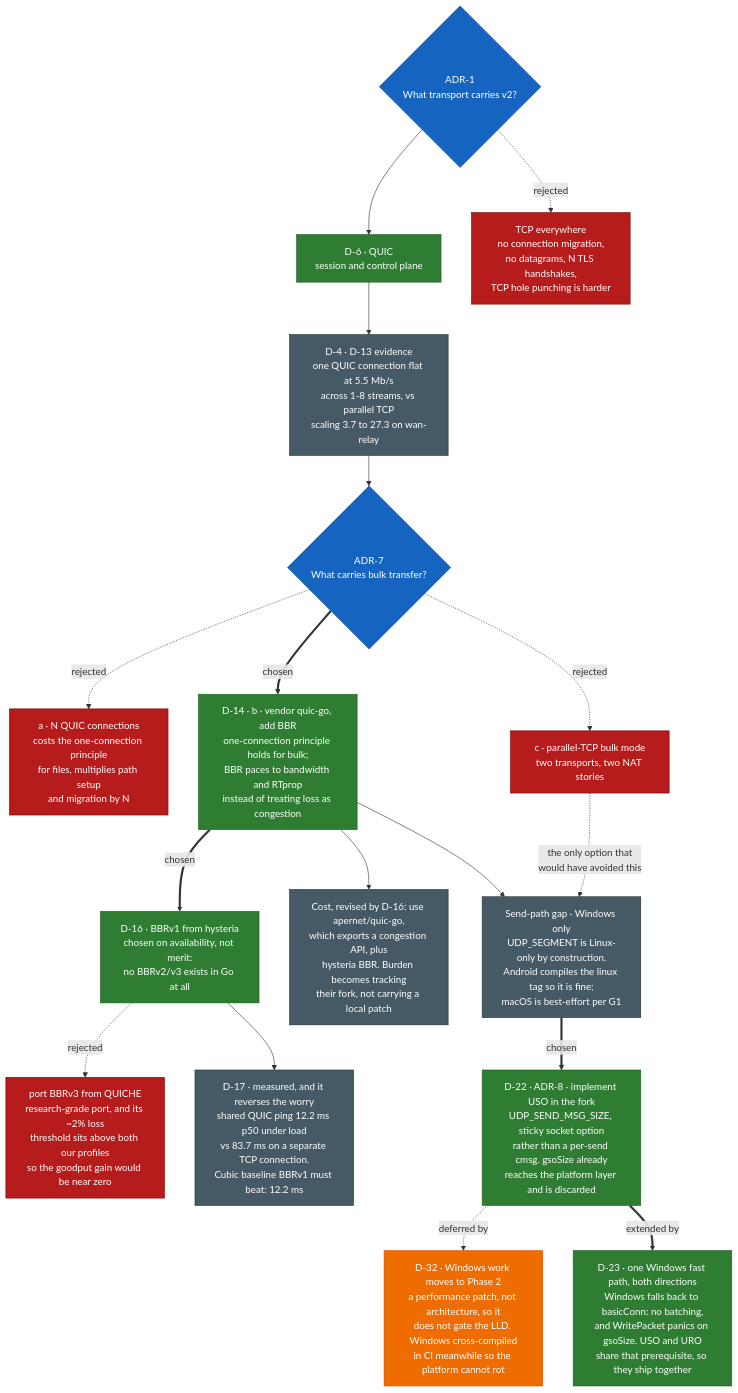
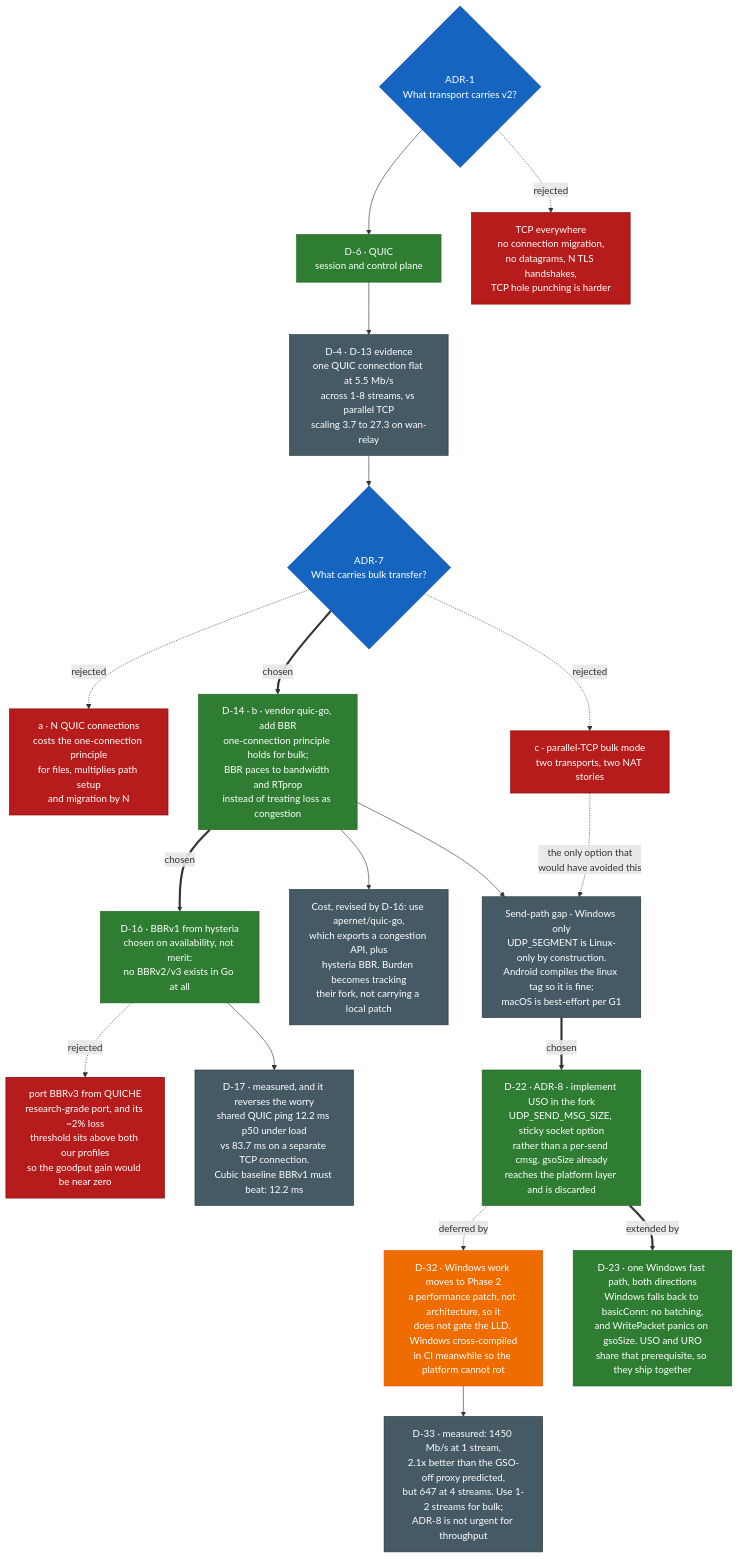
One commit to shreyashsri79/OpenAir changed the first of 4 diagrams in docs/decision-tree.md. Above: the diagram before and after it, drawn with Mermaid. The commit also changed other lines of this file and 8 other files, not shown here.

````diff
--- a/docs/decision-tree.md
+++ b/docs/decision-tree.md
@@ -50,29 +51,30 @@
 ```mermaid
 flowchart TD
     Q1{"ADR-1<br/>What transport carries v2?"}:::question
     Q1 --> D6["D-6 · QUIC<br/>session and control plane"]:::accepted
     Q1 -.rejected.-> R1["TCP everywhere<br/>no connection migration,<br/>no datagrams, N TLS handshakes,<br/>TCP hole punching is harder"]:::rejected
 
     D6 --> E1["D-4 · D-13 evidence<br/>one QUIC connection flat at 5.5 Mb/s<br/>across 1-8 streams, vs parallel TCP<br/>scaling 3.7 to 27.3 on wan-relay"]:::evidence
     E1 --> Q2{"ADR-7<br/>What carries bulk transfer?"}:::question
 
     Q2 -.rejected.-> R2A["a · N QUIC connections<br/>costs the one-connection principle<br/>for files, multiplies path setup<br/>and migration by N"]:::rejected
     Q2 ==chosen==> D14["D-14 · b · vendor quic-go, add BBR<br/>one-connection principle holds for bulk;<br/>BBR paces to bandwidth and RTprop<br/>instead of treating loss as congestion"]:::accepted
     Q2 -.rejected.-> R2C["c · parallel-TCP bulk mode<br/>two transports, two NAT stories"]:::rejected
 
     D14 ==chosen==> SUB["D-16 · BBRv1 from hysteria<br/>chosen on availability, not merit:<br/>no BBRv2/v3 exists in Go at all"]:::accepted
     SUB -.rejected.-> R3V["port BBRv3 from QUICHE<br/>research-grade port, and its ~2% loss<br/>threshold sits above both our profiles<br/>so the goodput gain would be near zero"]:::rejected
     SUB --> QUEUE["D-17 · measured, and it reverses the worry<br/>shared QUIC ping 12.2 ms p50 under load<br/>vs 83.7 ms on a separate TCP connection.<br/>Cubic baseline BBRv1 must beat: 12.2 ms"]:::evidence
     D14 --> COST["Cost, revised by D-16: use apernet/quic-go,<br/>which exports a congestion API, plus<br/>hysteria BBR. Burden becomes tracking<br/>their fork, not carrying a local patch"]:::evidence
     D14 --> GSO["Send-path gap · Windows only<br/>UDP_SEGMENT is Linux-only by construction.<br/>Android compiles the linux tag so it is fine;<br/>macOS is best-effort per G1"]:::evidence
     R2C -.->|"the only option that<br/>would have avoided this"| GSO
     GSO ==chosen==> D22["D-22 · ADR-8 · implement USO in the fork<br/>UDP_SEND_MSG_SIZE, sticky socket option<br/>rather than a per-send cmsg. gsoSize already<br/>reaches the platform layer and is discarded"]:::accepted
     D22 -.deferred by.-> D32["D-32 · Windows work moves to Phase 2<br/>a performance patch, not architecture, so it<br/>does not gate the LLD. Windows cross-compiled<br/>in CI meanwhile so the platform cannot rot"]:::open
+    D32 --> D33["D-33 · measured: 1450 Mb/s at 1 stream,<br/>2.1x better than the GSO-off proxy predicted,<br/>but 647 at 4 streams. Use 1-2 streams for bulk;<br/>ADR-8 is not urgent for throughput"]:::evidence
     D22 ==extended by==> D23["D-23 · one Windows fast path, both directions<br/>Windows falls back to basicConn: no batching,<br/>and WritePacket panics on gsoSize. USO and URO<br/>share that prerequisite, so they ship together"]:::accepted
 
     classDef question fill:#1565c0,color:#fff,stroke:#0d47a1
     classDef accepted fill:#2e7d32,color:#fff,stroke:#1b5e20
     classDef rejected fill:#b71c1c,color:#fff,stroke:#7f0000
     classDef open fill:#ef6c00,color:#fff,stroke:#e65100
     classDef evidence fill:#455a64,color:#fff,stroke:#263238
 ```
````
